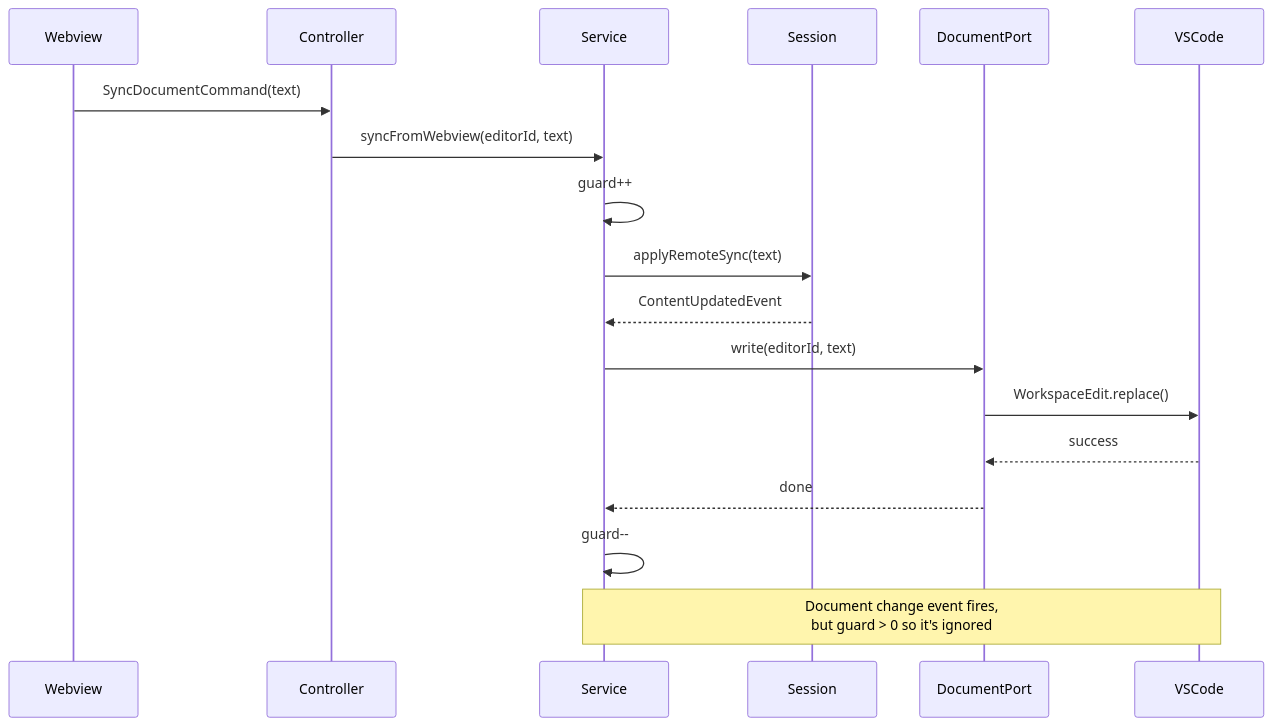
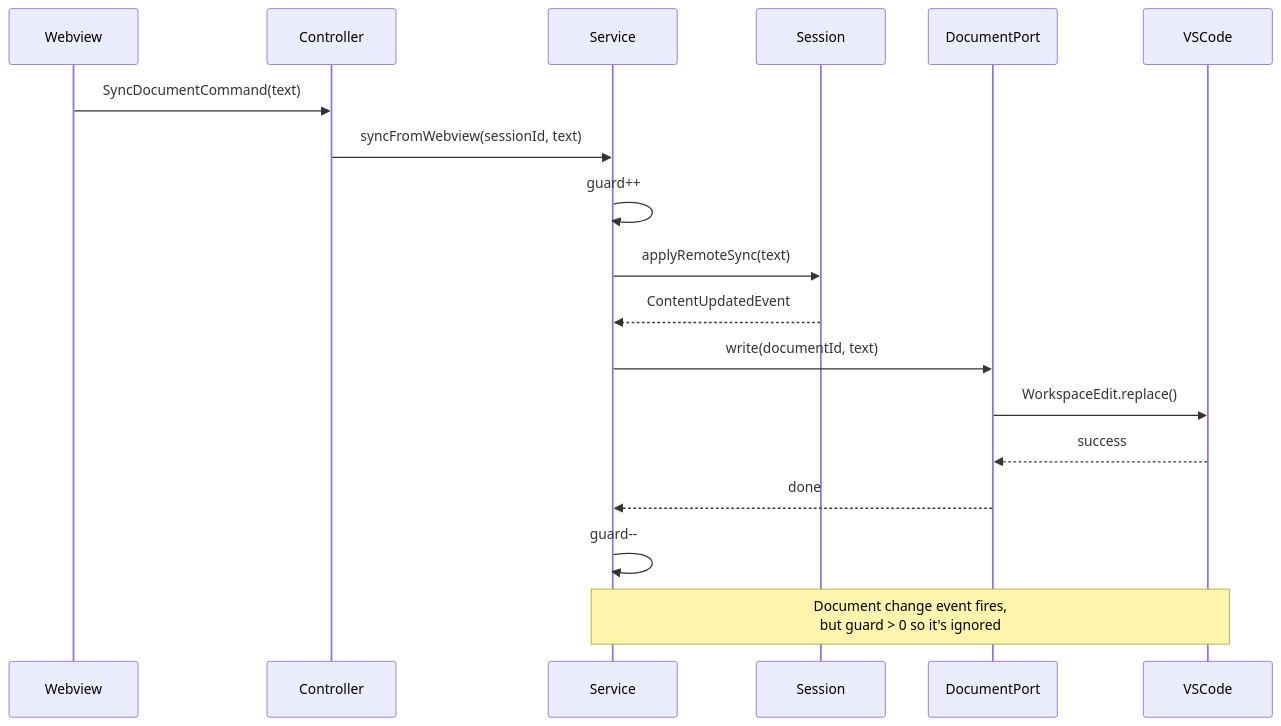
Before and after one commit to Miragon/egon.io: the second of 5 diagrams in monorepo/egon/libs/vscode/domain-story/ARCHITECTURE.md, drawn with Mermaid. The commit also changed other lines of this file and 13 other files, not shown here.

Commit message:
feat: use session ids to allow multiple sessions for the same document

````diff
--- a/monorepo/egon/libs/vscode/domain-story/ARCHITECTURE.md
+++ b/monorepo/egon/libs/vscode/domain-story/ARCHITECTURE.md
@@ -169,25 +178,20 @@
 ```mermaid
 sequenceDiagram
     participant Webview
     participant Controller
     participant Service
     participant Session
     participant DocumentPort
     participant VSCode
-
-    Webview->>Controller: SyncDocumentCommand(text)
-    Controller->>Service: syncFromWebview(editorId, text)
-    
-    Service->>Service: guard++
-    Service->>Session: applyRemoteSync(text)
-    Session-->>Service: ContentUpdatedEvent
-    
-    Service->>DocumentPort: write(editorId, text)
-    DocumentPort->>VSCode: WorkspaceEdit.replace()
-    VSCode-->>DocumentPort: success
-    
-    DocumentPort-->>Service: done
-    Service->>Service: guard--
-    
-    Note over VSCode,Service: Document change event fires,<br/>but guard > 0 so it's ignored
+    Webview ->> Controller: SyncDocumentCommand(text)
+    Controller ->> Service: syncFromWebview(sessionId, text)
+    Service ->> Service: guard++
+    Service ->> Session: applyRemoteSync(text)
+    Session -->> Service: ContentUpdatedEvent
+    Service ->> DocumentPort: write(documentId, text)
+    DocumentPort ->> VSCode: WorkspaceEdit.replace()
+    VSCode -->> DocumentPort: success
+    DocumentPort -->> Service: done
+    Service ->> Service: guard--
+    Note over VSCode, Service: Document change event fires,<br/>but guard > 0 so it's ignored
 ```
````
